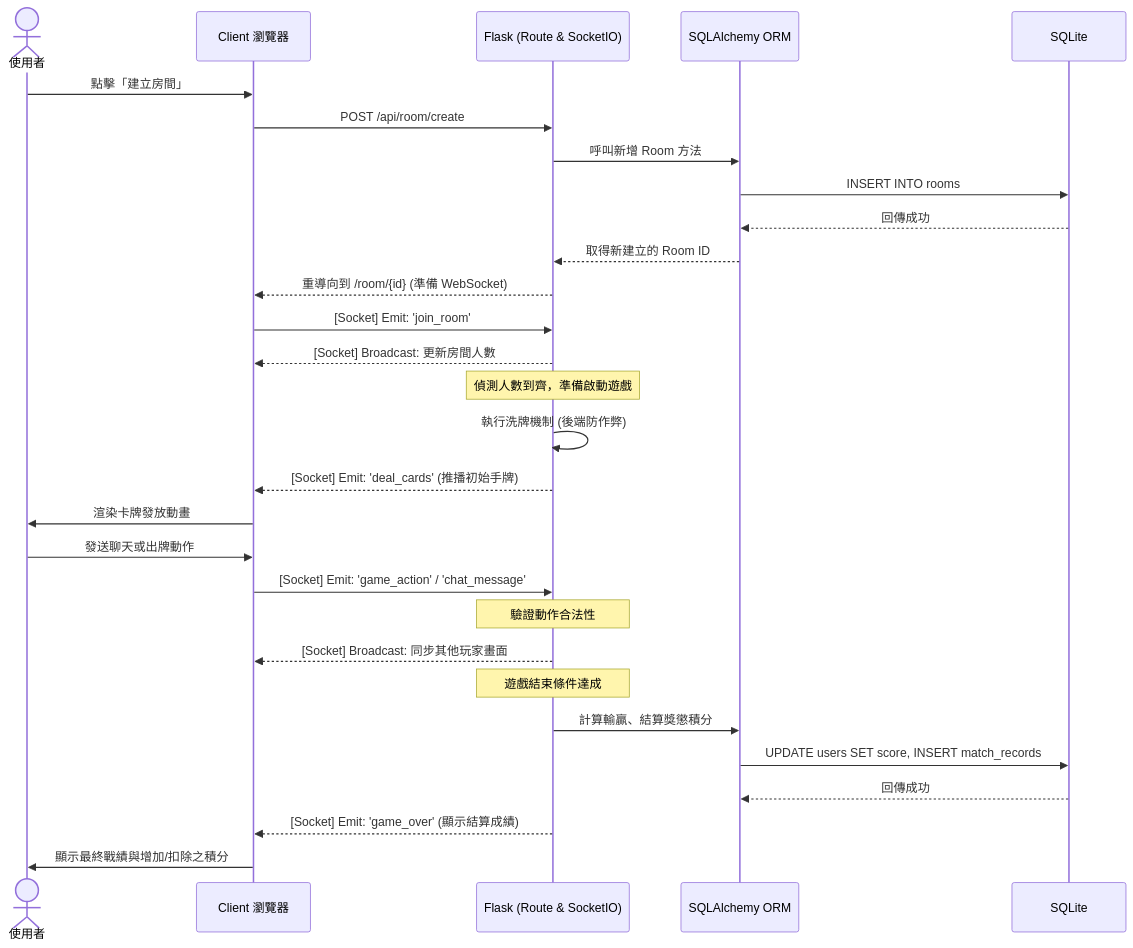
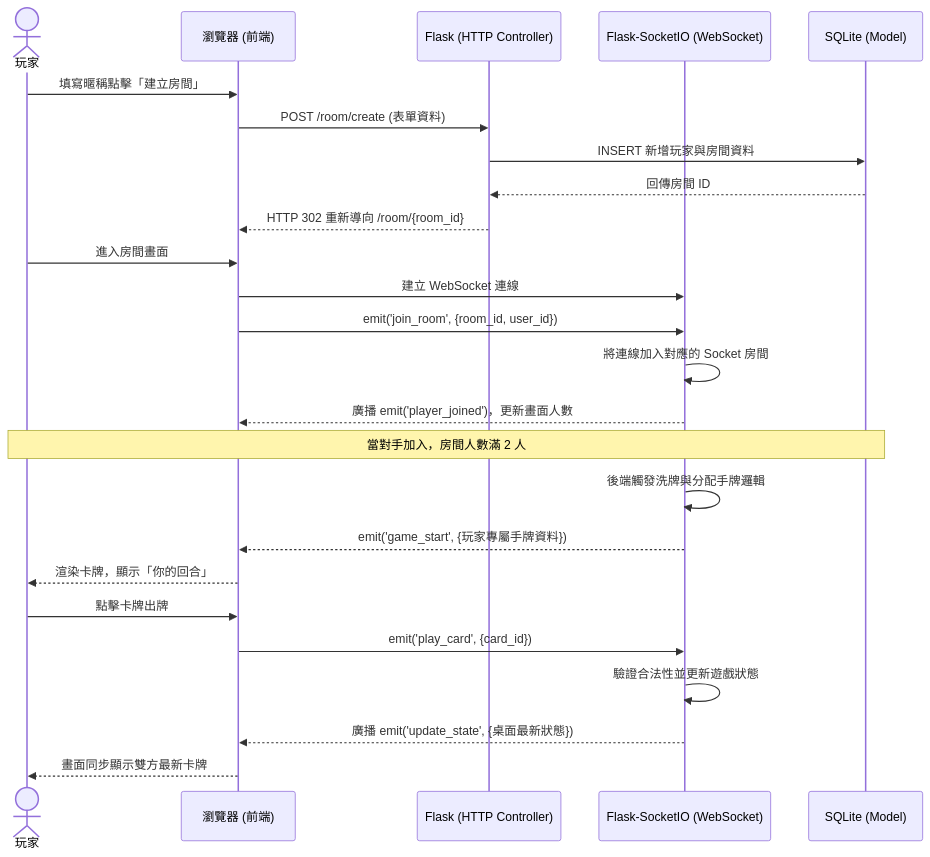
One commit to zyawe960501-gif/web_app_development changed the second of 2 diagrams in docs/FLOWCHART.md. Above: the diagram before and after it, drawn with Mermaid. The commit also changed other lines of this file and 1 other file, not shown here.

Commit message:
docs: add system architecture

````diff
--- a/docs/FLOWCHART.md
+++ b/docs/FLOWCHART.md
@@ -46,39 +45,35 @@
 ```mermaid
 sequenceDiagram
-    actor User as 使用者
-    participant Browser as Client 瀏覽器
-    participant Flask as Flask (Route & SocketIO)
-    participant Model as SQLAlchemy ORM
-    participant DB as SQLite
+    actor User as 玩家
+    participant Browser as 瀏覽器 (前端)
+    participant Flask as Flask (HTTP Controller)
+    participant Socket as Flask-SocketIO (WebSocket)
+    participant DB as SQLite (Model)
+
+    %% 房間建立與進入
+    User->>Browser: 填寫暱稱點擊「建立房間」
+    Browser->>Flask: POST /room/create (表單資料)
+    Flask->>DB: INSERT 新增玩家與房間資料
+    DB-->>Flask: 回傳房間 ID
+    Flask-->>Browser: HTTP 302 重新導向 /room/{room_id}
     
-    %% 建立房間流程
-    User->>Browser: 點擊「建立房間」
-    Browser->>Flask: POST /api/room/create
-    Flask->>Model: 呼叫新增 Room 方法
-    Model->>DB: INSERT INTO rooms
-    DB-->>Model: 回傳成功
-    Model-->>Flask: 取得新建立的 Room ID
-    Flask-->>Browser: 重導向到 /room/{id} (準備 WebSocket)
+    %% WebSocket 連線建立
+    User->>Browser: 進入房間畫面
+    Browser->>Socket: 建立 WebSocket 連線
+    Browser->>Socket: emit('join_room', {room_id, user_id})
+    Socket->>Socket: 將連線加入對應的 Socket 房間
+    Socket-->>Browser: 廣播 emit('player_joined')，更新畫面人數
     
-    %% 遊戲開始與發牌流程
-    Browser->>Flask: [Socket] Emit: 'join_room'
-    Flask-->>Browser: [Socket] Broadcast: 更新房間人數
-    Note over Flask: 偵測人數到齊，準備啟動遊戲
-    Flask->>Flask: 執行洗牌機制 (後端防作弊)
-    Flask-->>Browser: [Socket] Emit: 'deal_cards' (推播初始手牌)
-    Browser->>User: 渲染卡牌發放動畫
+    %% 遊戲開始
+    Note over User, DB: 當對手加入，房間人數滿 2 人
+    Socket->>Socket: 後端觸發洗牌與分配手牌邏輯
+    Socket-->>Browser: emit('game_start', {玩家專屬手牌資料})
+    Browser-->>User: 渲染卡牌，顯示「你的回合」
     
-    %% 遊戲中動作
-    User->>Browser: 發送聊天或出牌動作
-    Browser->>Flask: [Socket] Emit: 'game_action' / 'chat_message'
-    Note over Flask: 驗證動作合法性
-    Flask-->>Browser: [Socket] Broadcast: 同步其他玩家畫面
-    
-    %% 遊戲結算
-    Note over Flask: 遊戲結束條件達成
-    Flask->>Model: 計算輸贏、結算獎懲積分
-    Model->>DB: UPDATE users SET score, INSERT match_records
-    DB-->>Model: 回傳成功
-    Flask-->>Browser: [Socket] Emit: 'game_over' (顯示結算成績)
-    Browser->>User: 顯示最終戰績與增加/扣除之積分
+    %% 對戰互動
+    User->>Browser: 點擊卡牌出牌
+    Browser->>Socket: emit('play_card', {card_id})
+    Socket->>Socket: 驗證合法性並更新遊戲狀態
+    Socket-->>Browser: 廣播 emit('update_state', {桌面最新狀態})
+    Browser-->>User: 畫面同步顯示雙方最新卡牌
 ```
````
